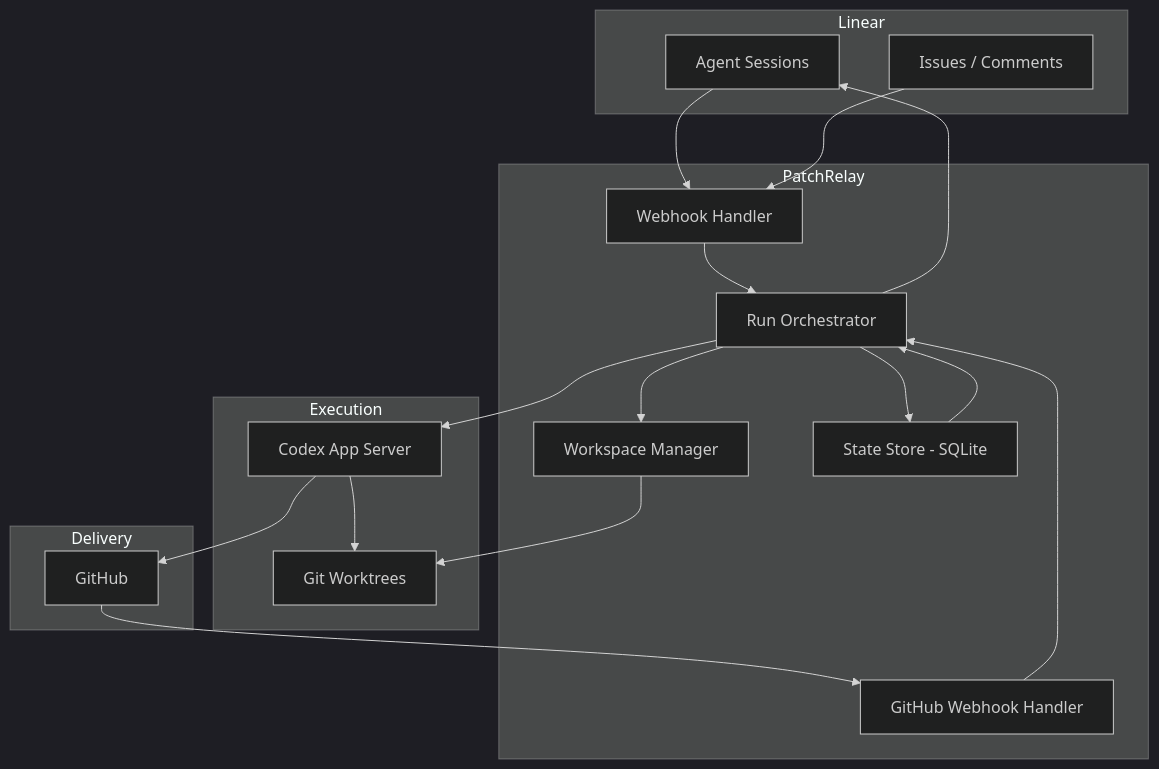
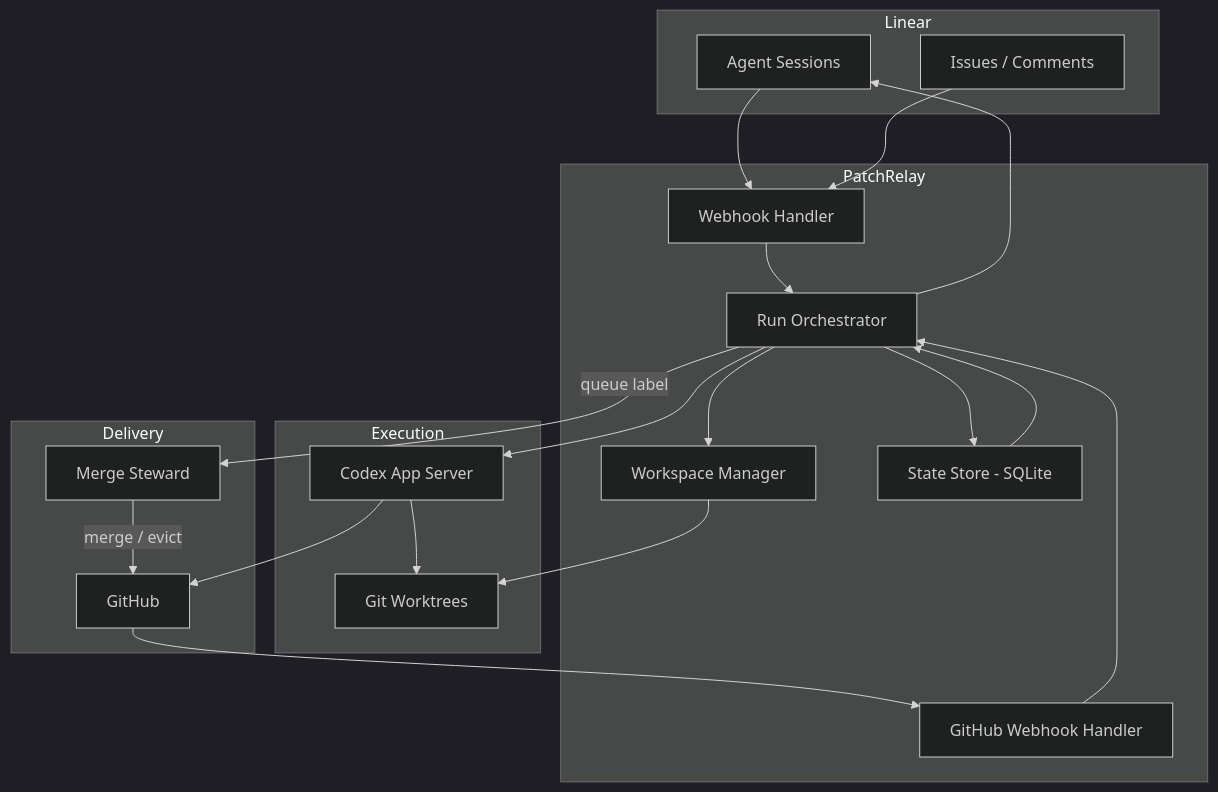
Before and after one commit to krasnoperov/patchrelay: the diagram in docs/architecture.md, drawn with Mermaid (dark theme). The commit also changed other lines of this file and 42 other files, not shown here.

````diff
--- a/docs/architecture.md
+++ b/docs/architecture.md
@@ -36,38 +36,41 @@
 ```mermaid
 flowchart TB
   subgraph Linear
     LS[Agent Sessions]
     LI[Issues / Comments]
   end
 
   subgraph PatchRelay
     WH[Webhook Handler]
     GWH[GitHub Webhook Handler]
     RO[Run Orchestrator]
     WM[Workspace Manager]
     ST[State Store - SQLite]
   end
 
   subgraph Execution
     CR[Codex App Server]
     WT[Git Worktrees]
   end
 
   subgraph Delivery
     GH[GitHub]
+    MS[Merge Steward]
   end
 
   LS --> WH
   LI --> WH
   WH --> RO
   RO --> WM
   RO --> CR
   WM --> WT
   CR --> WT
   CR --> GH
   GH --> GWH
   GWH --> RO
   RO --> ST
   ST --> RO
   RO --> LS
+  RO -->|queue label| MS
+  MS -->|merge / evict| GH
 ```
````
